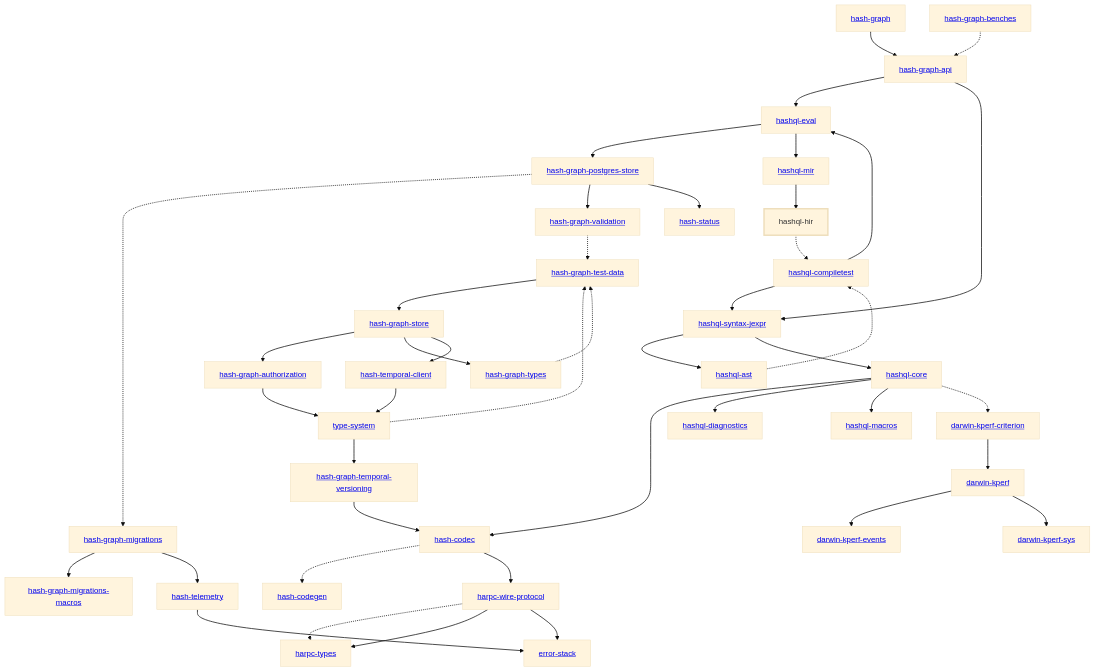
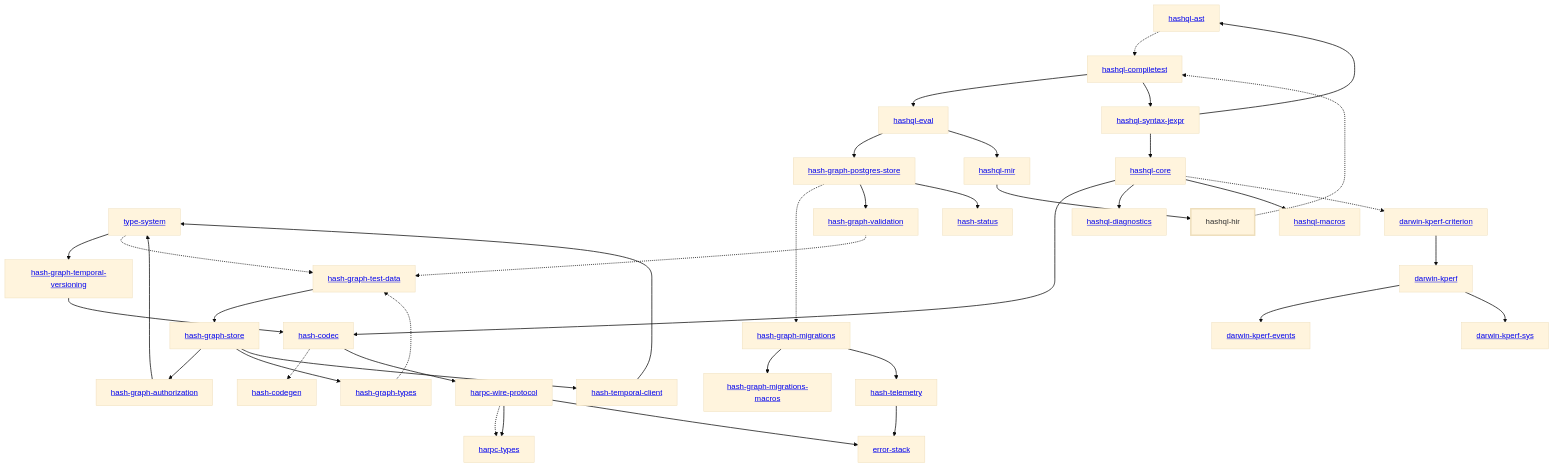
The diagram in libs/@local/hashql/hir/docs/dependency-diagram.mmd (hashintel/hash), drawn with Mermaid (base theme) before and after one commit. The commit also changed 26 other files, not shown here.

```diff
--- a/libs/@local/hashql/hir/docs/dependency-diagram.mmd
+++ b/libs/@local/hashql/hir/docs/dependency-diagram.mmd
@@ -1,87 +1,80 @@
 graph TD
     linkStyle default stroke-width:1.5px
     classDef default stroke-width:1px
     classDef root stroke-width:3px
     classDef dev stroke-width:1px
     classDef build stroke-width:1px
     %% Legend
     %% --> : Normal dependency
     %% -.-> : Dev dependency
     %% ---> : Build dependency
-    0[<a href="../hash_graph/index.html">hash-graph</a>]
-    1[<a href="../type_system/index.html">type-system</a>]
-    2[<a href="../hash_codec/index.html">hash-codec</a>]
-    3[<a href="../hash_codegen/index.html">hash-codegen</a>]
-    4[<a href="../hash_graph_api/index.html">hash-graph-api</a>]
-    5[<a href="../hash_graph_authorization/index.html">hash-graph-authorization</a>]
-    6[<a href="../hash_graph_migrations/index.html">hash-graph-migrations</a>]
-    7[<a href="../hash_graph_migrations_macros/index.html">hash-graph-migrations-macros</a>]
-    8[<a href="../hash_graph_postgres_store/index.html">hash-graph-postgres-store</a>]
-    9[<a href="../hash_graph_store/index.html">hash-graph-store</a>]
-    10[<a href="../hash_graph_temporal_versioning/index.html">hash-graph-temporal-versioning</a>]
-    11[<a href="../hash_graph_types/index.html">hash-graph-types</a>]
-    12[<a href="../hash_graph_validation/index.html">hash-graph-validation</a>]
-    13[<a href="../harpc_types/index.html">harpc-types</a>]
-    14[<a href="../harpc_wire_protocol/index.html">harpc-wire-protocol</a>]
-    15[<a href="../hashql_ast/index.html">hashql-ast</a>]
-    16[<a href="../hashql_compiletest/index.html">hashql-compiletest</a>]
-    17[<a href="../hashql_core/index.html">hashql-core</a>]
-    18[<a href="../hashql_diagnostics/index.html">hashql-diagnostics</a>]
-    19[<a href="../hashql_eval/index.html">hashql-eval</a>]
-    20[hashql-hir]
-    class 20 root
-    21[<a href="../hashql_macros/index.html">hashql-macros</a>]
-    22[<a href="../hashql_mir/index.html">hashql-mir</a>]
-    23[<a href="../hashql_syntax_jexpr/index.html">hashql-syntax-jexpr</a>]
-    24[<a href="../hash_status/index.html">hash-status</a>]
-    25[<a href="../hash_telemetry/index.html">hash-telemetry</a>]
-    26[<a href="../hash_temporal_client/index.html">hash-temporal-client</a>]
-    27[<a href="../darwin_kperf/index.html">darwin-kperf</a>]
-    28[<a href="../darwin_kperf_criterion/index.html">darwin-kperf-criterion</a>]
-    29[<a href="../darwin_kperf_events/index.html">darwin-kperf-events</a>]
-    30[<a href="../darwin_kperf_sys/index.html">darwin-kperf-sys</a>]
-    31[<a href="../error_stack/index.html">error-stack</a>]
-    32[<a href="../hash_graph_benches/index.html">hash-graph-benches</a>]
-    33[<a href="../hash_graph_test_data/index.html">hash-graph-test-data</a>]
-    0 --> 4
-    1 --> 10
-    1 -.-> 33
-    2 -.-> 3
-    2 --> 14
-    4 --> 19
+    0[<a href="../type_system/index.html">type-system</a>]
+    1[<a href="../hash_codec/index.html">hash-codec</a>]
+    2[<a href="../hash_codegen/index.html">hash-codegen</a>]
+    3[<a href="../hash_graph_authorization/index.html">hash-graph-authorization</a>]
+    4[<a href="../hash_graph_migrations/index.html">hash-graph-migrations</a>]
+    5[<a href="../hash_graph_migrations_macros/index.html">hash-graph-migrations-macros</a>]
+    6[<a href="../hash_graph_postgres_store/index.html">hash-graph-postgres-store</a>]
+    7[<a href="../hash_graph_store/index.html">hash-graph-store</a>]
+    8[<a href="../hash_graph_temporal_versioning/index.html">hash-graph-temporal-versioning</a>]
+    9[<a href="../hash_graph_types/index.html">hash-graph-types</a>]
+    10[<a href="../hash_graph_validation/index.html">hash-graph-validation</a>]
+    11[<a href="../harpc_types/index.html">harpc-types</a>]
+    12[<a href="../harpc_wire_protocol/index.html">harpc-wire-protocol</a>]
+    13[<a href="../hashql_ast/index.html">hashql-ast</a>]
+    14[<a href="../hashql_compiletest/index.html">hashql-compiletest</a>]
+    15[<a href="../hashql_core/index.html">hashql-core</a>]
+    16[<a href="../hashql_diagnostics/index.html">hashql-diagnostics</a>]
+    17[<a href="../hashql_eval/index.html">hashql-eval</a>]
+    18[hashql-hir]
+    class 18 root
+    19[<a href="../hashql_macros/index.html">hashql-macros</a>]
+    20[<a href="../hashql_mir/index.html">hashql-mir</a>]
+    21[<a href="../hashql_syntax_jexpr/index.html">hashql-syntax-jexpr</a>]
+    22[<a href="../hash_status/index.html">hash-status</a>]
+    23[<a href="../hash_telemetry/index.html">hash-telemetry</a>]
+    24[<a href="../hash_temporal_client/index.html">hash-temporal-client</a>]
+    25[<a href="../darwin_kperf/index.html">darwin-kperf</a>]
+    26[<a href="../darwin_kperf_criterion/index.html">darwin-kperf-criterion</a>]
+    27[<a href="../darwin_kperf_events/index.html">darwin-kperf-events</a>]
+    28[<a href="../darwin_kperf_sys/index.html">darwin-kperf-sys</a>]
+    29[<a href="../error_stack/index.html">error-stack</a>]
+    30[<a href="../hash_graph_test_data/index.html">hash-graph-test-data</a>]
+    0 --> 8
+    0 -.-> 30
+    1 -.-> 2
+    1 --> 12
+    3 --> 0
+    4 --> 5
     4 --> 23
-    5 --> 1
-    6 --> 7
-    6 --> 25
-    8 -.-> 6
-    8 --> 12
-    8 --> 24
-    9 --> 5
-    9 --> 11
-    9 --> 26
-    10 --> 2
-    11 -.-> 33
-    12 -.-> 33
-    14 -.-> 13
-    14 --> 13
-    14 --> 31
-    15 -.-> 16
-    16 --> 19
-    16 --> 23
-    17 --> 2
-    17 --> 18
-    17 --> 21
-    17 -.-> 28
-    19 --> 8
-    19 --> 22
-    20 -.-> 16
-    22 --> 20
-    23 --> 15
-    23 --> 17
-    25 --> 31
-    26 --> 1
-    27 --> 29
-    27 --> 30
-    28 --> 27
-    32 -.-> 4
-    33 --> 9
+    6 -.-> 4
+    6 --> 10
+    6 --> 22
+    7 --> 3
+    7 --> 9
+    7 --> 24
+    8 --> 1
+    9 -.-> 30
+    10 -.-> 30
+    12 -.-> 11
+    12 --> 11
+    12 --> 29
+    13 -.-> 14
+    14 --> 17
+    14 --> 21
+    15 --> 1
+    15 --> 16
+    15 --> 19
+    15 -.-> 26
+    17 --> 6
+    17 --> 20
+    18 -.-> 14
+    20 --> 18
+    21 --> 13
+    21 --> 15
+    23 --> 29
+    24 --> 0
+    25 --> 27
+    25 --> 28
+    26 --> 25
+    30 --> 7
```
